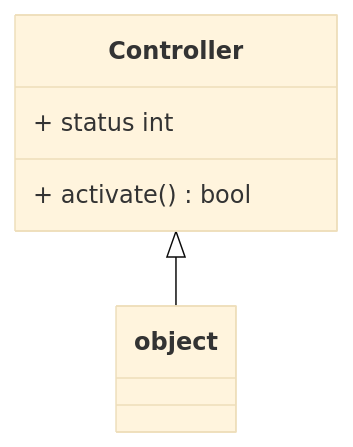
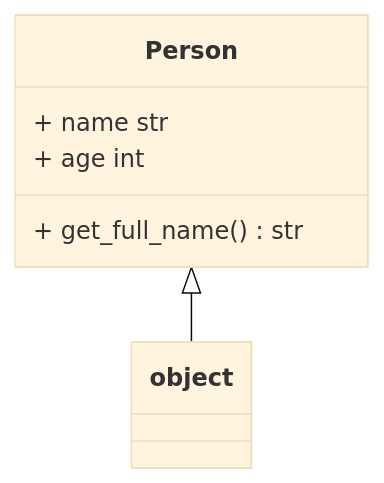
Before and after one commit to kesler20/draw-uml-backend: the diagram in output/design_doc.md, drawn with Mermaid (base theme). The commit also changed 36 other files, not shown here.

````diff
--- a/output/design_doc.md
+++ b/output/design_doc.md
@@ -3,6 +3,7 @@
 ```mermaid
 classDiagram
-   Controller <|-- object
-   Controller : + status int
-   Controller : + activate() bool
+   Person <|-- object
+   Person : + name str
+   Person : + age int
+   Person : + get_full_name() str
 ```
````
